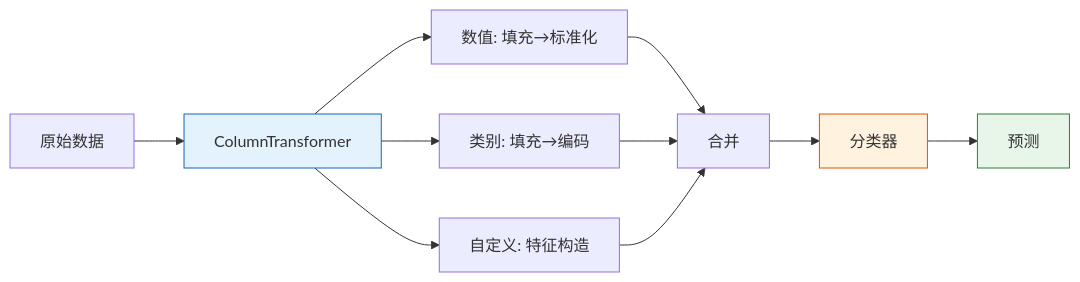
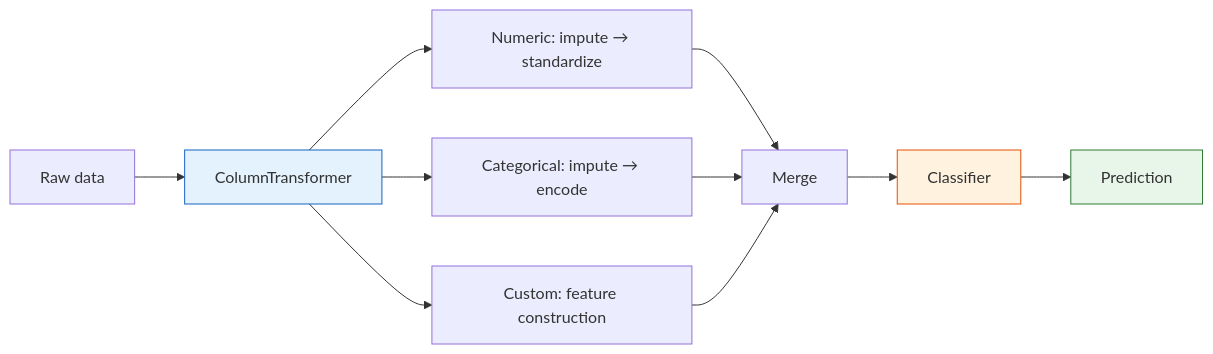
The second of 2 diagrams in docs/ch05-machine-learning/ch05-feature-engineering/05-pipeline.md (oudbiao/AI-fullstack-course), drawn with Mermaid before and after one commit. The commit also changed other lines of this file and 1406 other files, not shown here.

````diff
--- a/docs/ch05-machine-learning/ch05-feature-engineering/05-pipeline.md
+++ b/docs/ch05-machine-learning/ch05-feature-engineering/05-pipeline.md
@@ -254,16 +254,16 @@
 ```mermaid
 flowchart LR
-    D["原始数据"] --> CT["ColumnTransformer"]
-    CT --> N["数值: 填充→标准化"]
-    CT --> C["类别: 填充→编码"]
-    CT --> CU["自定义: 特征构造"]
-    N --> M["合并"]
+    D["Raw data"] --> CT["ColumnTransformer"]
+    CT --> N["Numeric: impute → standardize"]
+    CT --> C["Categorical: impute → encode"]
+    CT --> CU["Custom: feature construction"]
+    N --> M["Merge"]
     C --> M
     CU --> M
-    M --> CL["分类器"]
-    CL --> R["预测"]
+    M --> CL["Classifier"]
+    CL --> R["Prediction"]
 
     style CT fill:#e3f2fd,stroke:#1565c0,color:#333
     style CL fill:#fff3e0,stroke:#e65100,color:#333
     style R fill:#e8f5e9,stroke:#2e7d32,color:#333
 ```
````
